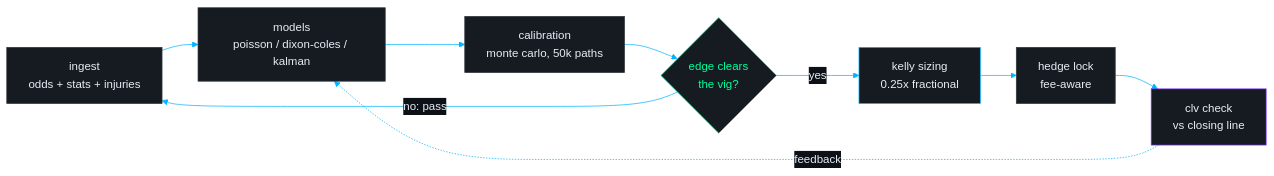
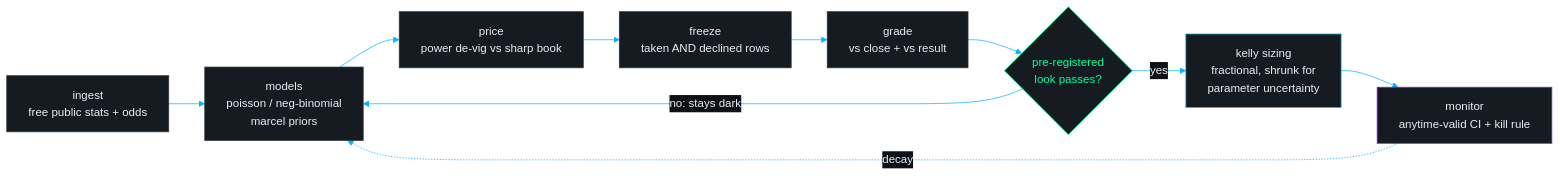
The diagram in README.md (ThatOneSharpDude/ThatOneSharpDude), drawn with Mermaid before and after one commit. The commit also changed other lines of this file and 6 other files, not shown here.

````diff
--- a/README.md
+++ b/README.md
@@ -45,15 +42,16 @@
 ```mermaid
 %%{init: {"theme":"base","themeVariables":{"background":"#0d1117","mainBkg":"#161b22","primaryColor":"#161b22","primaryTextColor":"#e6edf3","primaryBorderColor":"#30363d","lineColor":"#00b4ff","fontFamily":"monospace","edgeLabelBackground":"#0d1117","clusterBkg":"#0d1117"}}}%%
 flowchart LR
-    A["ingest<br/>odds + stats + injuries"] --> B["models<br/>poisson / dixon-coles / kalman"]
-    B --> C["calibration<br/>monte carlo, 50k paths"]
-    C --> D{"edge clears<br/>the vig?"}
-    D -- "no: pass" --> A
-    D -- "yes" --> E["kelly sizing<br/>0.25x fractional"]
-    E --> F["hedge lock<br/>fee-aware"]
-    F --> G["clv check<br/>vs closing line"]
-    G -. "feedback" .-> B
-    style D stroke:#00ff9c,color:#00ff9c
-    style E stroke:#00b4ff
-    style G stroke:#7b2ff7
+    A["ingest<br/>free public stats + odds"] --> B["models<br/>poisson / neg-binomial<br/>marcel priors"]
+    B --> C["price<br/>power de-vig vs sharp book"]
+    C --> D["freeze<br/>taken AND declined rows"]
+    D --> E["grade<br/>vs close + vs result"]
+    E --> F{"pre-registered<br/>look passes?"}
+    F -- "no: stays dark" --> B
+    F -- "yes" --> G["kelly sizing<br/>fractional, shrunk for<br/>parameter uncertainty"]
+    G --> H["monitor<br/>anytime-valid CI + kill rule"]
+    H -. "decay" .-> B
+    style F stroke:#00ff9c,color:#00ff9c
+    style G stroke:#00b4ff
+    style H stroke:#7b2ff7
 ```
````
